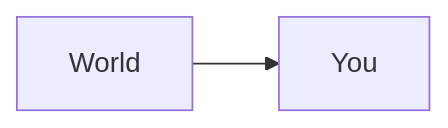
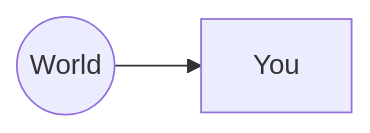
Before and after one commit to psu-psychology/psych-490-data-viz-2026-fall: the first of 5 diagrams in slides/wk-01-2026-08-26-semiotics-data-viz.qmd, drawn with Mermaid. The commit also changed other lines of this file and 32 other files, not shown here.

````diff
--- a/slides/wk-01-2026-08-26-semiotics-data-viz.qmd
+++ b/slides/wk-01-2026-08-26-semiotics-data-viz.qmd
@@ -83,4 +79,4 @@
 ```{mermaid}
 flowchart LR
-  A[World] --> B[You]
+  A((World)) --> B[You]
 ```
````
